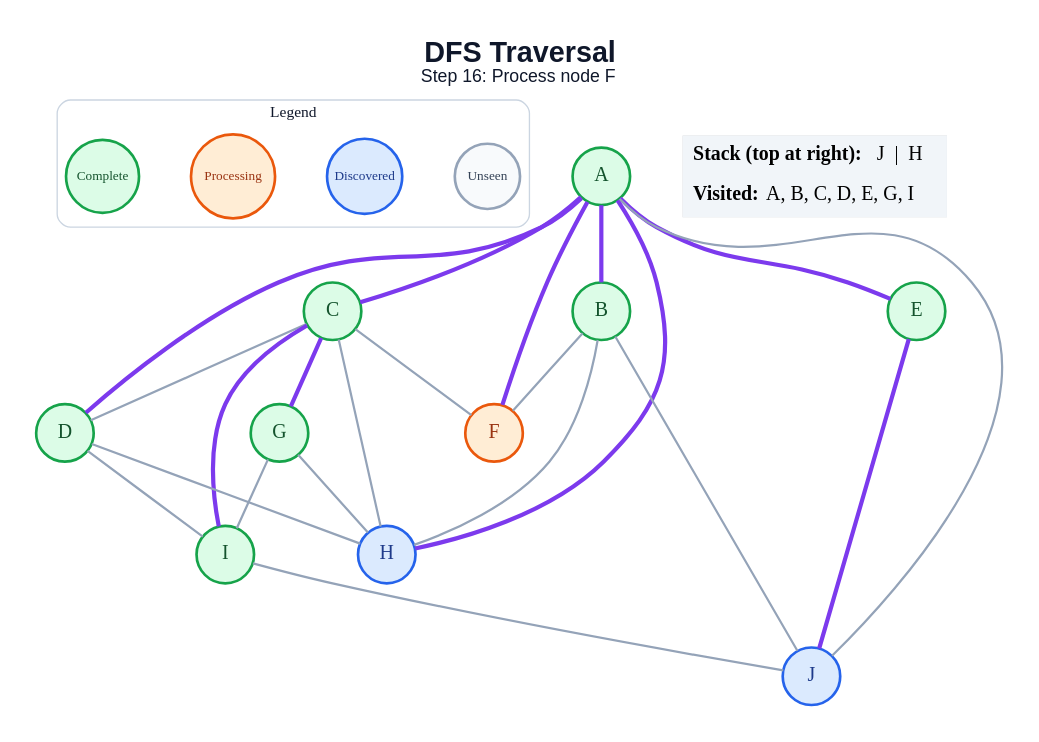
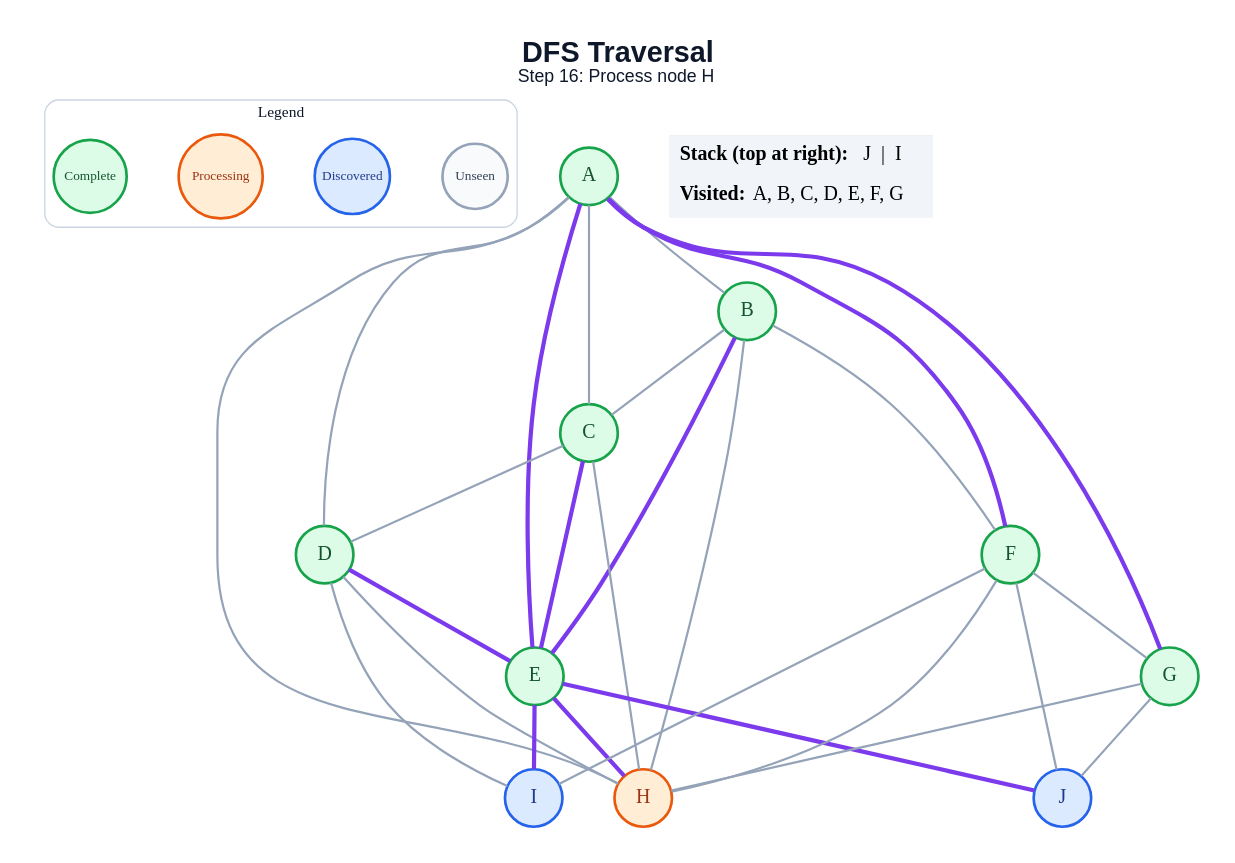
One commit to anon7238593-create/ai-slop changed the diagram in generated/specific-node/dfs/step_16.dot. Above: the diagram before and after it, drawn with Graphviz. The commit also changed 171 other files, not shown here.

```diff
--- a/generated/specific-node/dfs/step_16.dot
+++ b/generated/specific-node/dfs/step_16.dot
@@ -1,50 +1,55 @@
 graph traversal {
   graph [layout=dot, rankdir=TB, bgcolor="#FFFFFF", pad="0.35", nodesep="0.65", ranksep="0.8", fontname="Arial"];
   node [shape=circle, style="filled", fontname="Arial Bold", fontsize=18, width=0.72, fixedsize=true, penwidth=2.4];
   edge [color="#94A3B8", penwidth=2.0];
-  label=<<B>DFS Traversal</B><BR/><FONT POINT-SIZE="16">Step 16: Process node F</FONT>>; labelloc="t"; fontsize=26; fontname="Arial"; fontcolor="#0F172A";
+  label=<<B>DFS Traversal</B><BR/><FONT POINT-SIZE="16">Step 16: Process node H</FONT>>; labelloc="t"; fontsize=26; fontname="Arial"; fontcolor="#0F172A";
   subgraph cluster_legend { label="Legend"; color="#CBD5E1"; penwidth=1.2; style="rounded"; fontsize=14; fontname="Arial Bold";
     key_unseen [label="Unseen", fillcolor="#F8FAFC", color="#94A3B8", fontcolor="#334155", fontsize=12, width=0.82];
     key_frontier [label="Discovered", fillcolor="#DBEAFE", color="#2563EB", fontcolor="#1E3A8A", fontsize=12, width=0.95];
     key_current [label="Processing", fillcolor="#FFEDD5", color="#EA580C", fontcolor="#9A3412", fontsize=12, width=1.05];
     key_done [label="Complete", fillcolor="#DCFCE7", color="#16A34A", fontcolor="#14532D", fontsize=12, width=0.92];
     { rank=same; key_unseen; key_frontier; key_current; key_done; }
   }
   A [fillcolor="#DCFCE7", color="#16A34A", fontcolor="#14532D"];
   B [fillcolor="#DCFCE7", color="#16A34A", fontcolor="#14532D"];
   C [fillcolor="#DCFCE7", color="#16A34A", fontcolor="#14532D"];
   D [fillcolor="#DCFCE7", color="#16A34A", fontcolor="#14532D"];
   E [fillcolor="#DCFCE7", color="#16A34A", fontcolor="#14532D"];
-  F [fillcolor="#FFEDD5", color="#EA580C", fontcolor="#9A3412"];
+  F [fillcolor="#DCFCE7", color="#16A34A", fontcolor="#14532D"];
   G [fillcolor="#DCFCE7", color="#16A34A", fontcolor="#14532D"];
-  H [fillcolor="#DBEAFE", color="#2563EB", fontcolor="#1E3A8A"];
-  I [fillcolor="#DCFCE7", color="#16A34A", fontcolor="#14532D"];
+  H [fillcolor="#FFEDD5", color="#EA580C", fontcolor="#9A3412"];
+  I [fillcolor="#DBEAFE", color="#2563EB", fontcolor="#1E3A8A"];
   J [fillcolor="#DBEAFE", color="#2563EB", fontcolor="#1E3A8A"];
-  A -- B [color="#7C3AED", penwidth=3.8];
-  A -- C [color="#7C3AED", penwidth=3.8];
-  A -- D [color="#7C3AED", penwidth=3.8];
+  A -- B;
+  A -- C;
+  A -- D;
   A -- E [color="#7C3AED", penwidth=3.8];
   A -- F [color="#7C3AED", penwidth=3.8];
-  A -- H [color="#7C3AED", penwidth=3.8];
-  A -- J;
+  A -- G [color="#7C3AED", penwidth=3.8];
+  A -- H;
+  B -- C;
+  B -- E [color="#7C3AED", penwidth=3.8];
   B -- F;
   B -- H;
-  B -- J;
   C -- D;
-  C -- F;
-  C -- G [color="#7C3AED", penwidth=3.8];
+  C -- E [color="#7C3AED", penwidth=3.8];
   C -- H;
-  C -- I [color="#7C3AED", penwidth=3.8];
+  D -- E [color="#7C3AED", penwidth=3.8];
   D -- H;
   D -- I;
+  E -- H [color="#7C3AED", penwidth=3.8];
+  E -- I [color="#7C3AED", penwidth=3.8];
   E -- J [color="#7C3AED", penwidth=3.8];
+  F -- G;
+  F -- H;
+  F -- I;
+  F -- J;
   G -- H;
-  G -- I;
-  I -- J;
+  G -- J;
   status [shape=plain, fixedsize=false, width=0, height=0, margin=0, label=<
     <TABLE BORDER="0" CELLBORDER="0" CELLPADDING="7" BGCOLOR="#F1F5F9">
-      <TR><TD ALIGN="LEFT"><B>Stack (top at right):</B> J  |  H</TD></TR>
-      <TR><TD ALIGN="LEFT"><B>Visited:</B> A, B, C, D, E, G, I</TD></TR>
+      <TR><TD ALIGN="LEFT"><B>Stack (top at right):</B> J  |  I</TD></TR>
+      <TR><TD ALIGN="LEFT"><B>Visited:</B> A, B, C, D, E, F, G</TD></TR>
     </TABLE>
   >];
 }
```
